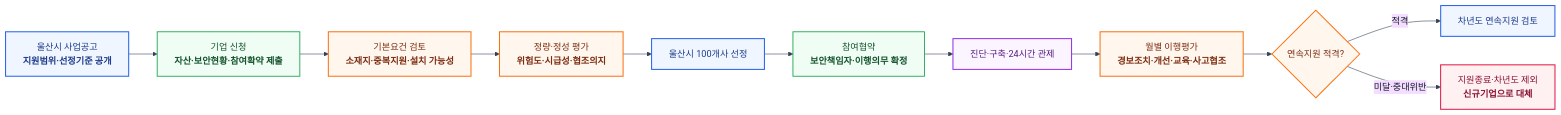
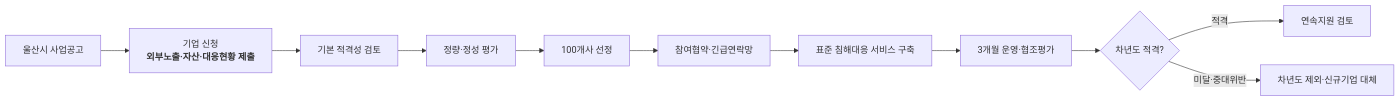
One commit to qubitsec/plura changed the third of 8 diagrams in ko/proposal/ulsan/ulsan-full-3months.md. Above: the diagram before and after it, drawn with Mermaid. The commit also changed other lines of this file, not shown here.

````diff
--- a/ko/proposal/ulsan/ulsan-full-3months.md
+++ b/ko/proposal/ulsan/ulsan-full-3months.md
@@ -238,39 +310,18 @@
 ```mermaid
-%%{init: {
-  "theme": "base",
-  "themeVariables": {
-    "fontFamily": "Pretendard, Noto Sans KR, Arial",
-    "background": "#ffffff",
-    "primaryTextColor": "#0f172a",
-    "lineColor": "#334155"
-  }
-}}%%
 flowchart LR
-    A["울산시 사업공고<br/><b>지원범위·선정기준 공개</b>"]
-    B["기업 신청<br/><b>자산·보안현황·참여확약 제출</b>"]
-    C["기본요건 검토<br/><b>소재지·중복지원·설치 가능성</b>"]
-    D["정량·정성 평가<br/><b>위험도·시급성·협조의지</b>"]
-    E["울산시 100개사 선정"]
-    F["참여협약<br/><b>보안책임자·이행의무 확정</b>"]
-    G["진단·구축·24시간 관제"]
-    H["월별 이행평가<br/><b>경보조치·개선·교육·사고협조</b>"]
-    I{"연속지원 적격?"}
-    J["차년도 연속지원 검토"]
-    K["지원종료·차년도 제외<br/><b>신규기업으로 대체</b>"]
+    A["울산시 사업공고"]
+    B["기업 신청<br/><b>외부노출·자산·대응현황 제출</b>"]
+    C["기본 적격성 검토"]
+    D["정량·정성 평가"]
+    E["100개사 선정"]
+    F["참여협약·긴급연락망"]
+    G["표준 침해대응 서비스 구축"]
+    H["3개월 운영·협조평가"]
+    I{"차년도 적격?"}
+    J["연속지원 검토"]
+    K["차년도 제외·신규기업 대체"]
 
     A --> B --> C --> D --> E --> F --> G --> H --> I
     I -- "적격" --> J
     I -- "미달·중대위반" --> K
-
-    classDef city fill:#eff6ff,stroke:#2563eb,stroke-width:1.8px,color:#1e3a8a;
-    classDef company fill:#f0fdf4,stroke:#16a34a,stroke-width:1.5px,color:#14532d;
-    classDef evaluate fill:#fff7ed,stroke:#f97316,stroke-width:1.8px,color:#7c2d12;
-    classDef operate fill:#faf5ff,stroke:#9333ea,stroke-width:1.8px,color:#581c87;
-    classDef stop fill:#fff1f2,stroke:#e11d48,stroke-width:1.8px,color:#881337;
-
-    class A,E,J city;
-    class B,F company;
-    class C,D,H,I evaluate;
-    class G operate;
-    class K stop;
 ```
````
